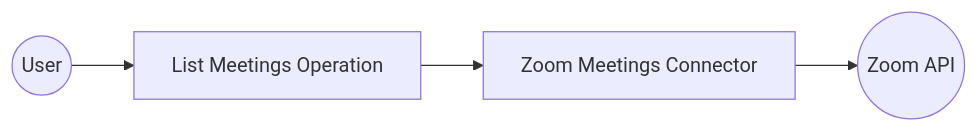
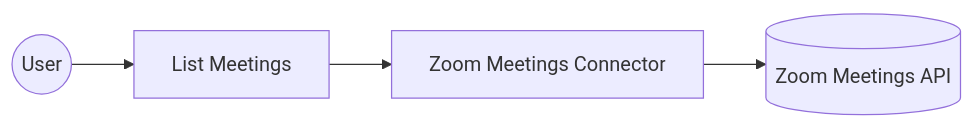
The diagram in connectors/docs/catalog/communication/zoom.meetings/example.md (wso2/docs-integrator), drawn with Mermaid before and after one commit. The commit also changed other lines of this file and 3280 other files, not shown here.

````diff
--- a/connectors/docs/catalog/communication/zoom.meetings/example.md
+++ b/connectors/docs/catalog/communication/zoom.meetings/example.md
@@ -12,6 +16,6 @@
 ```mermaid
 flowchart LR
-    A((User)) --> B[List Meetings Operation]
+    A((User)) --> B[List Meetings]
     B --> C[Zoom Meetings Connector]
-    C --> D((Zoom API))
+    C --> D[(Zoom Meetings API)]
 ```
````
